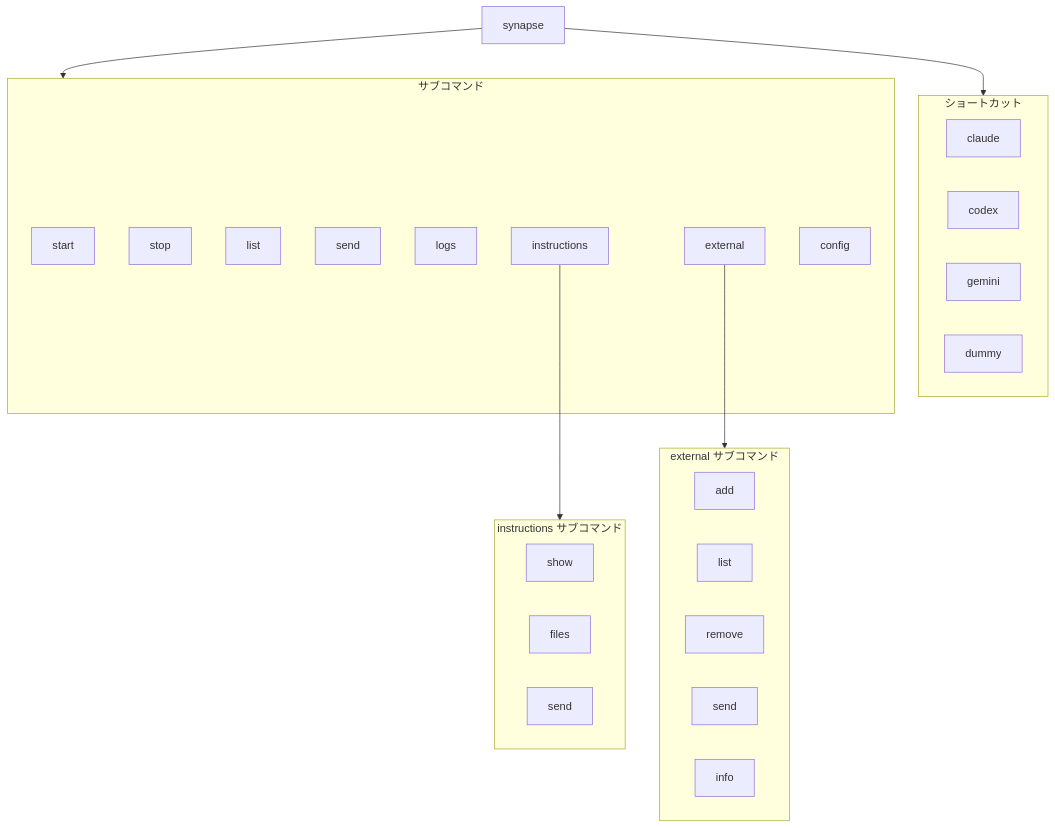
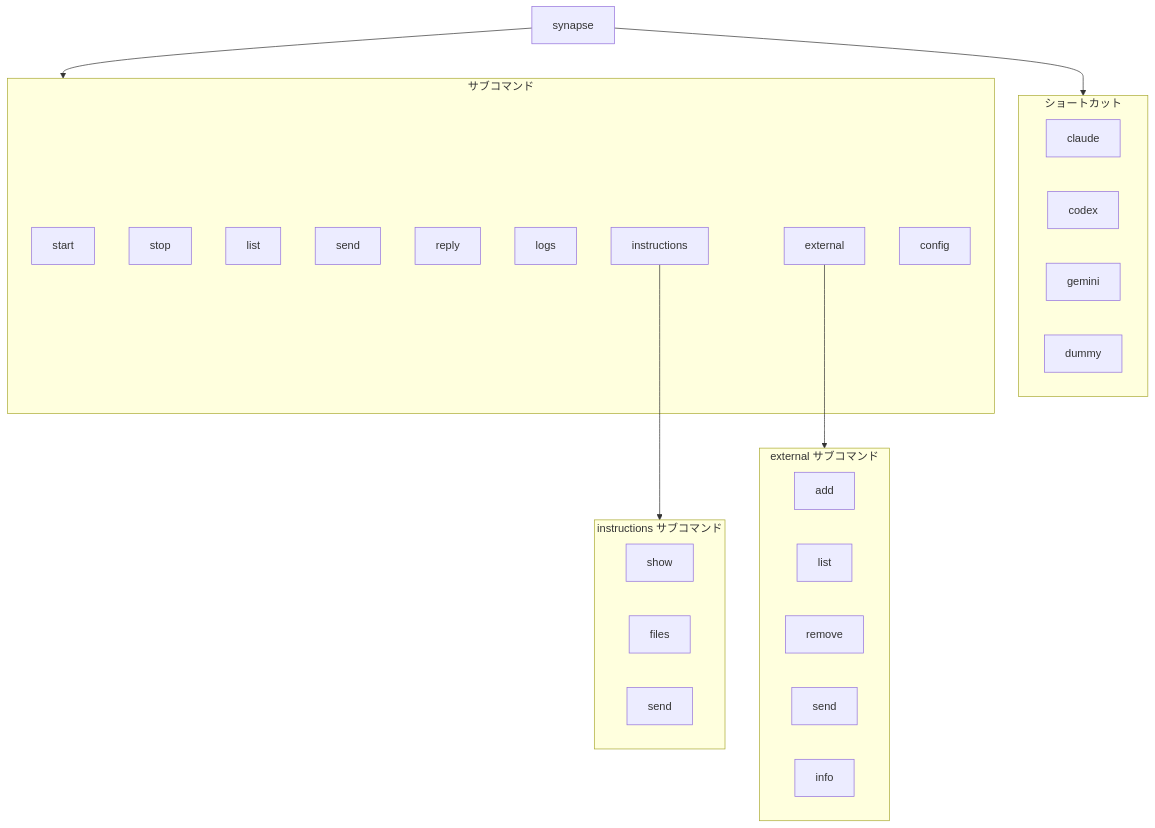
One commit to s-hiraoku/synapse-a2a changed the first of 3 diagrams in guides/references.md. Above: the diagram before and after it, drawn with Mermaid. The commit also changed other lines of this file and 3 other files, not shown here.

````diff
--- a/guides/references.md
+++ b/guides/references.md
@@ -11,41 +11,42 @@
 ```mermaid
 flowchart TB
     synapse["synapse"]
 
     subgraph Shortcuts["ショートカット"]
         claude["claude"]
         codex["codex"]
         gemini["gemini"]
         dummy["dummy"]
     end
 
     subgraph Commands["サブコマンド"]
         start["start"]
         stop["stop"]
         list["list"]
         send["send"]
+        reply["reply"]
         logs["logs"]
         instructions["instructions"]
         external["external"]
         config["config"]
     end
 
     subgraph Instructions["instructions サブコマンド"]
         inst_show["show"]
         inst_files["files"]
         inst_send["send"]
     end
 
     subgraph External["external サブコマンド"]
         ext_add["add"]
         ext_list["list"]
         ext_remove["remove"]
         ext_send["send"]
         ext_info["info"]
     end
 
     synapse --> Shortcuts
     synapse --> Commands
     instructions --> Instructions
     external --> External
 ```
````
